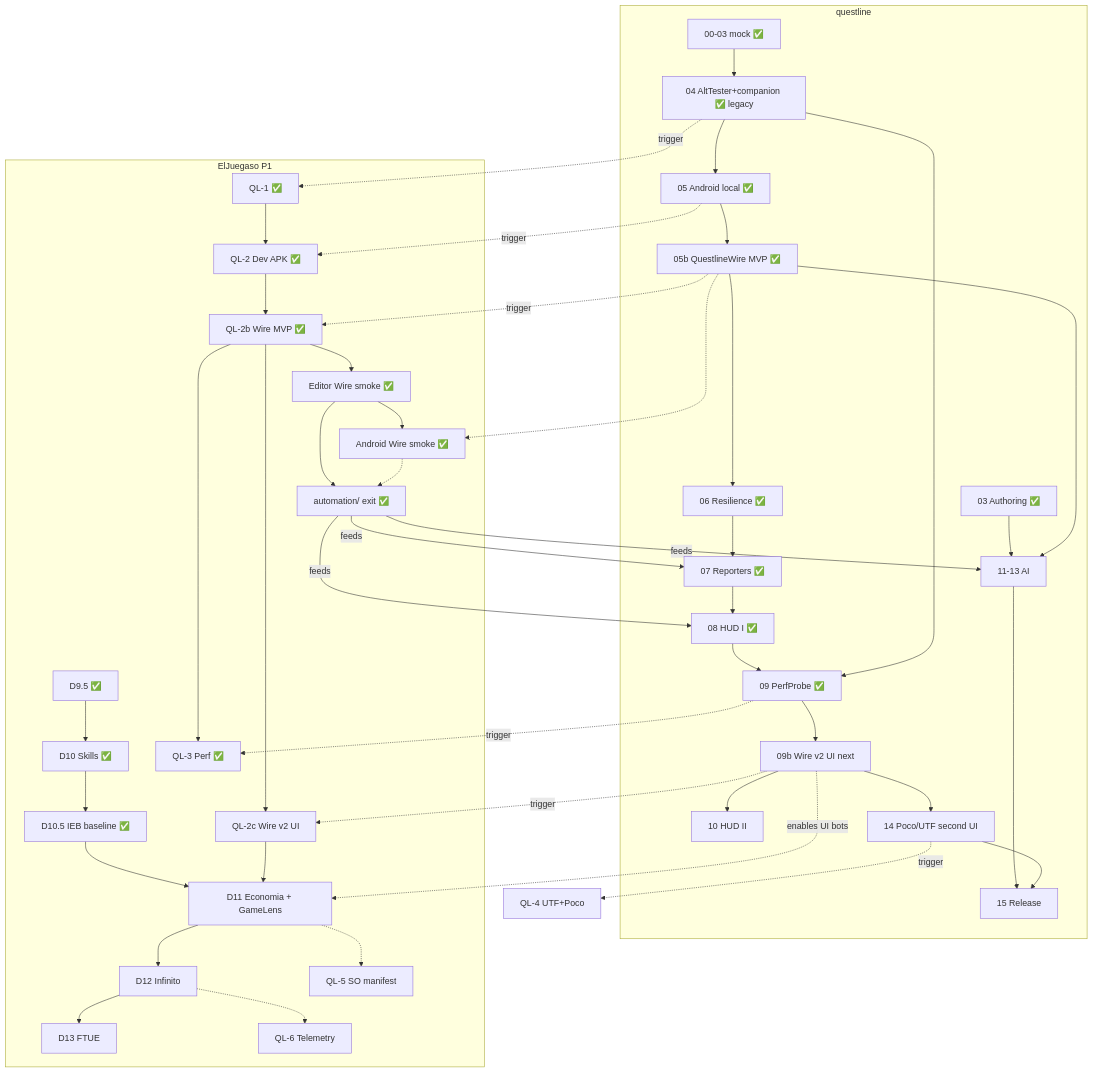
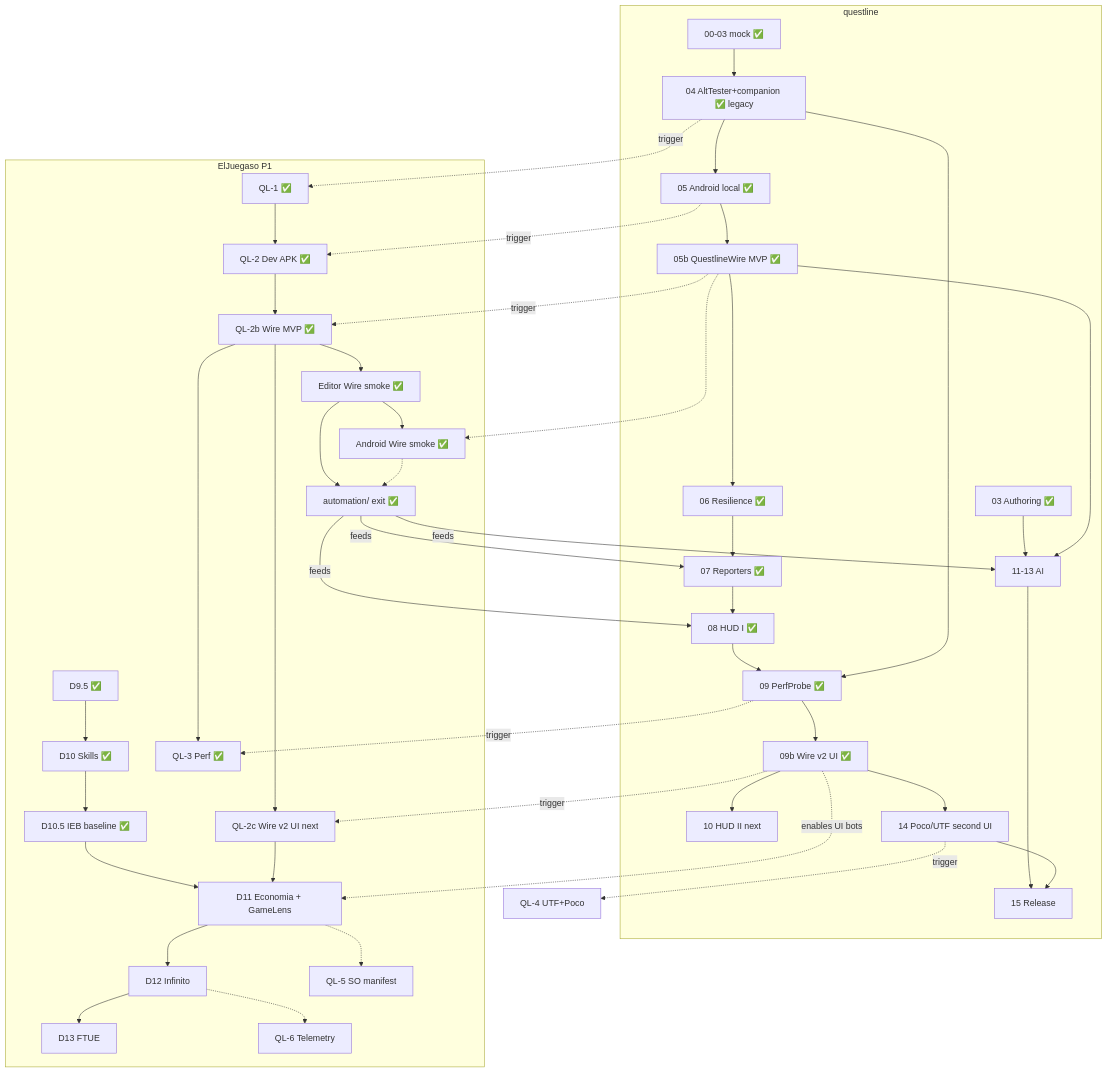
One commit to Knutronko/questline changed the diagram in docs/STATUS-DUAL.md. Above: the diagram before and after it, drawn with Mermaid. The commit also changed other lines of this file and 19 other files, not shown here.

````diff
--- a/docs/STATUS-DUAL.md
+++ b/docs/STATUS-DUAL.md
@@ -103,51 +103,51 @@
 ```mermaid
 flowchart TB
   subgraph QL[questline]
     Q0[00-03 mock ✅] --> Q4[04 AltTester+companion ✅ legacy]
     Q4 --> Q5[05 Android local ✅]
     Q5 --> Q5b[05b QuestlineWire MVP ✅]
     Q5b --> Q6[06 Resilience ✅]
     Q6 --> Q7[07 Reporters ✅]
     Q7 --> Q8[08 HUD I ✅]
     Q8 --> Q9[09 PerfProbe ✅]
-    Q9 --> Q9b[09b Wire v2 UI next]
-    Q9b --> Q10[10 HUD II]
+    Q9 --> Q9b[09b Wire v2 UI ✅]
+    Q9b --> Q10[10 HUD II next]
     Q4 --> Q9
     Q3[03 Authoring ✅] --> Q11[11-13 AI]
     Q5b --> Q11
     Q9b --> Q14[14 Poco/UTF second UI]
     Q11 --> Q15[15 Release]
     Q14 --> Q15
   end
 
   subgraph Game[ElJuegaso P1]
     D95[D9.5 ✅] --> D10[D10 Skills ✅]
     D10 --> D105[D10.5 IEB baseline ✅]
     D105 --> D11[D11 Economia + GameLens]
     D11 --> D12[D12 Infinito]
     D12 --> D13[D13 FTUE]
     QL1[QL-1 ✅] --> QL2[QL-2 Dev APK ✅]
     QL2 --> QL2b[QL-2b Wire MVP ✅]
     QL2b --> LiveEd[Editor Wire smoke ✅]
     LiveEd --> Auto[automation/ exit ✅]
     LiveEd --> LiveAnd[Android Wire smoke ✅]
     LiveAnd -.-> Auto
     QL2b --> QL3[QL-3 Perf ✅]
-    QL2b --> QL2c[QL-2c Wire v2 UI]
+    QL2b --> QL2c[QL-2c Wire v2 UI next]
     QL2c --> D11
     D11 -.-> QL5[QL-5 SO manifest]
     D12 -.-> QL6[QL-6 Telemetry]
   end
 
   Q4 -.->|trigger| QL1
   Q5 -.->|trigger| QL2
   Q5b -.->|trigger| QL2b
   Q5b -.-> LiveAnd
   Q9 -.->|trigger| QL3
   Q9b -.->|trigger| QL2c
   Q14 -.->|trigger| QL4[QL-4 UTF+Poco]
   Auto -->|feeds| Q7
   Auto -->|feeds| Q8
   Auto -->|feeds| Q11
   Q9b -.->|enables UI bots| D11
 ```
````
